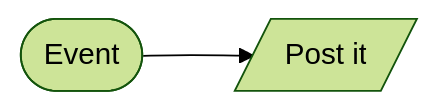
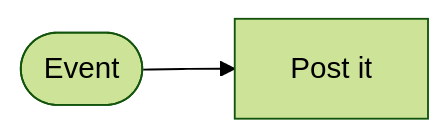
The first of 3 diagrams in blocks/notify/README.md (kimjoshuadr/n8n-workflows), drawn with Mermaid (forest theme) before and after one commit. The commit also changed other lines of this file and 184 other files, not shown here.

Commit message:
Finish the move to named platforms: blocks, BambooHR, generated README, schema and platform marks

````diff
--- a/blocks/notify/README.md
+++ b/blocks/notify/README.md
@@ -17,6 +15,6 @@
 ```mermaid
 flowchart LR
   n4fenrn(["Event"])
-  n9q64kk[/"Post it"/]
+  n9q64kk["Post it"]
   n4fenrn --> n9q64kk
 ```
````
